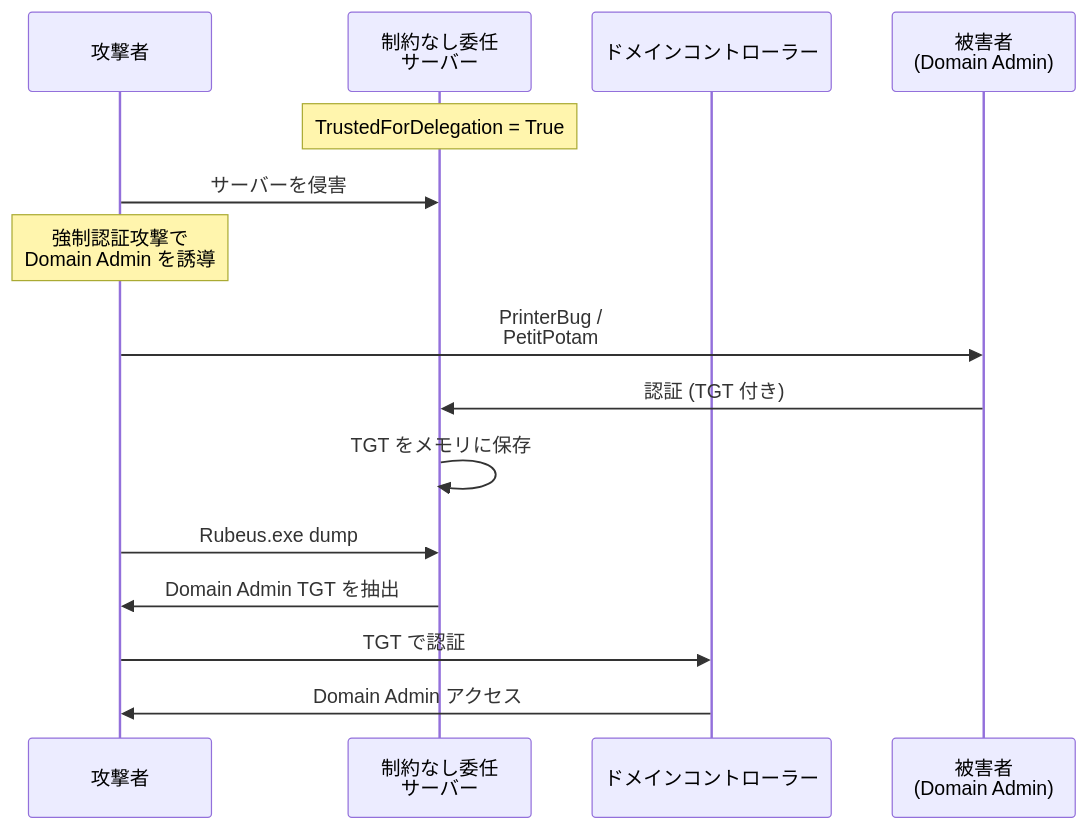
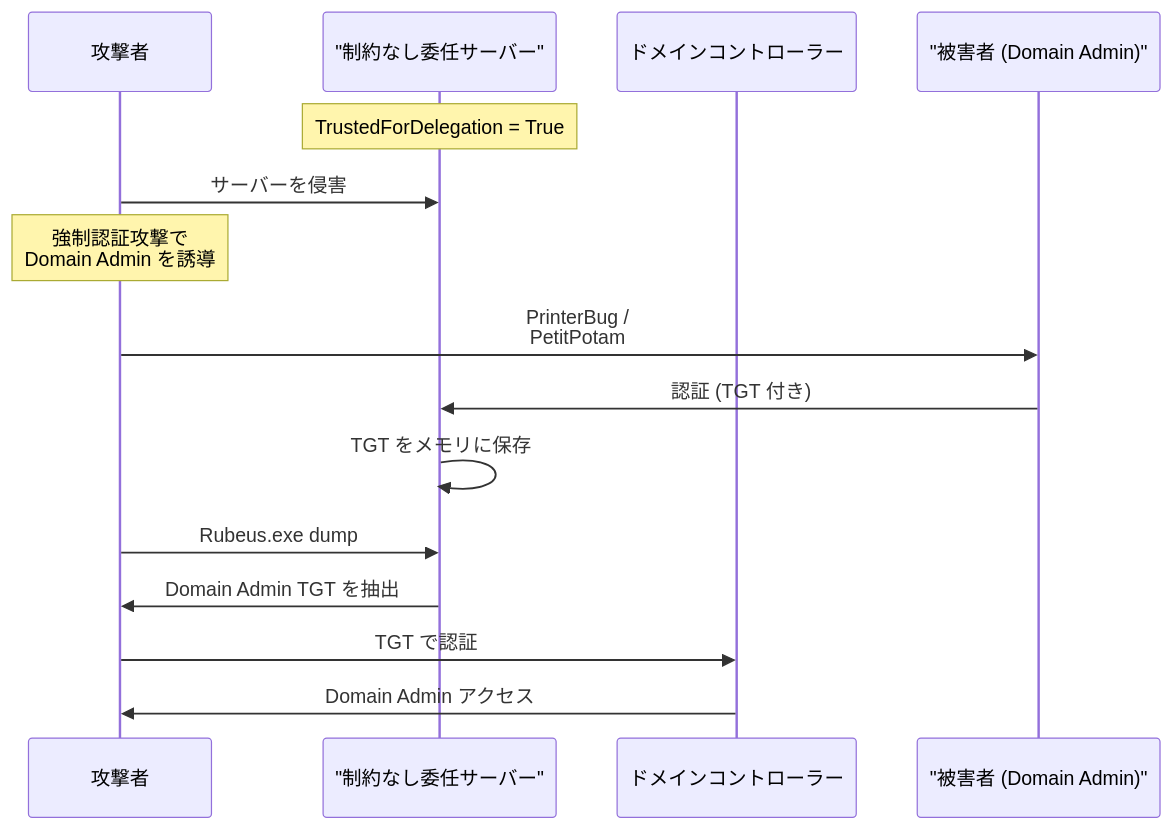
Before and after one commit to morimori-dev/morimori-dev.github.io: the fifth of 6 diagrams in _posts/2026-03-03-tech-rbcd-attack-guide-ja.md, drawn with Mermaid. The commit also changed other lines of this file and 7 other files, not shown here.

First line of the commit message:
Fix Mermaid syntax errors in 8 posts

````diff
--- a/_posts/2026-03-03-tech-rbcd-attack-guide-ja.md
+++ b/_posts/2026-03-03-tech-rbcd-attack-guide-ja.md
@@ -603,23 +603,23 @@
 ```mermaid
 sequenceDiagram
     participant A as 攻撃者
-    participant UC as 制約なし委任<br/>サーバー
+    participant UC as "制約なし委任サーバー"
     participant DC as ドメインコントローラー
-    participant V as 被害者<br/>(Domain Admin)
+    participant V as "被害者 (Domain Admin)"
 
     Note over UC: TrustedForDelegation = True
 
     A->>UC: サーバーを侵害
 
     Note over A: 強制認証攻撃で<br/>Domain Admin を誘導
 
     A->>V: PrinterBug /<br/>PetitPotam
     V->>UC: 認証 (TGT 付き)
     UC->>UC: TGT をメモリに保存
 
     A->>UC: Rubeus.exe dump
     UC->>A: Domain Admin TGT を抽出
 
     A->>DC: TGT で認証
     DC->>A: Domain Admin アクセス
 ```
````
